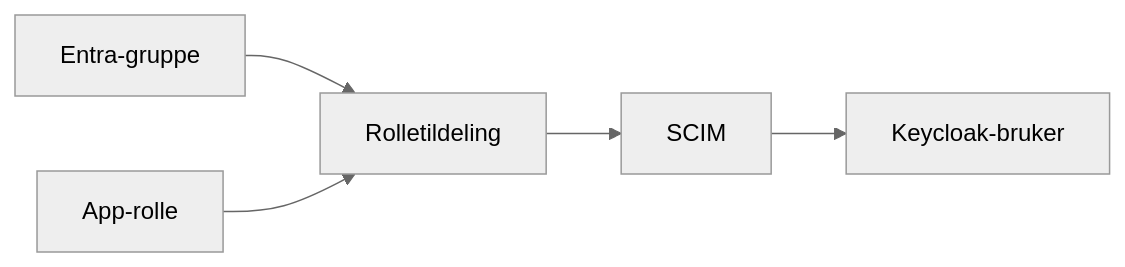
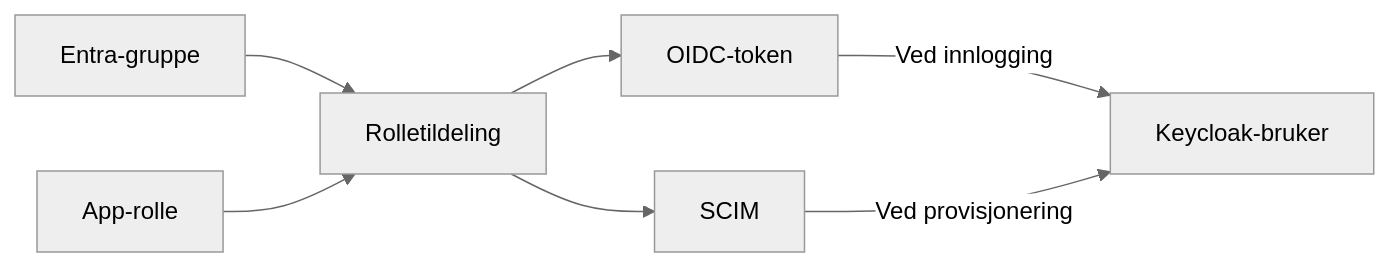
The second of 3 diagrams in docs/external/no/fint/federation/federation.md (FINTLabs/flais-keycloak), drawn with Mermaid (neutral theme) before and after one commit. The commit also changed other lines of this file, not shown here.

Commit message:
docs: update information regarding SCIM and login mapping

````diff
--- a/docs/external/no/fint/federation/federation.md
+++ b/docs/external/no/fint/federation/federation.md
@@ -69,13 +78,16 @@
 ```mermaid
 flowchart LR
     gruppe[Entra-gruppe]
     rolle[App-rolle]
     tildeling[Rolletildeling]
+    token[OIDC-token]
     scim[SCIM]
     bruker[Keycloak-bruker]
 
     gruppe --> tildeling
     rolle --> tildeling
+    tildeling --> token
     tildeling --> scim
-    scim --> bruker
+    token -->|Ved innlogging| bruker
+    scim -->|Ved provisjonering| bruker
 ```
````
